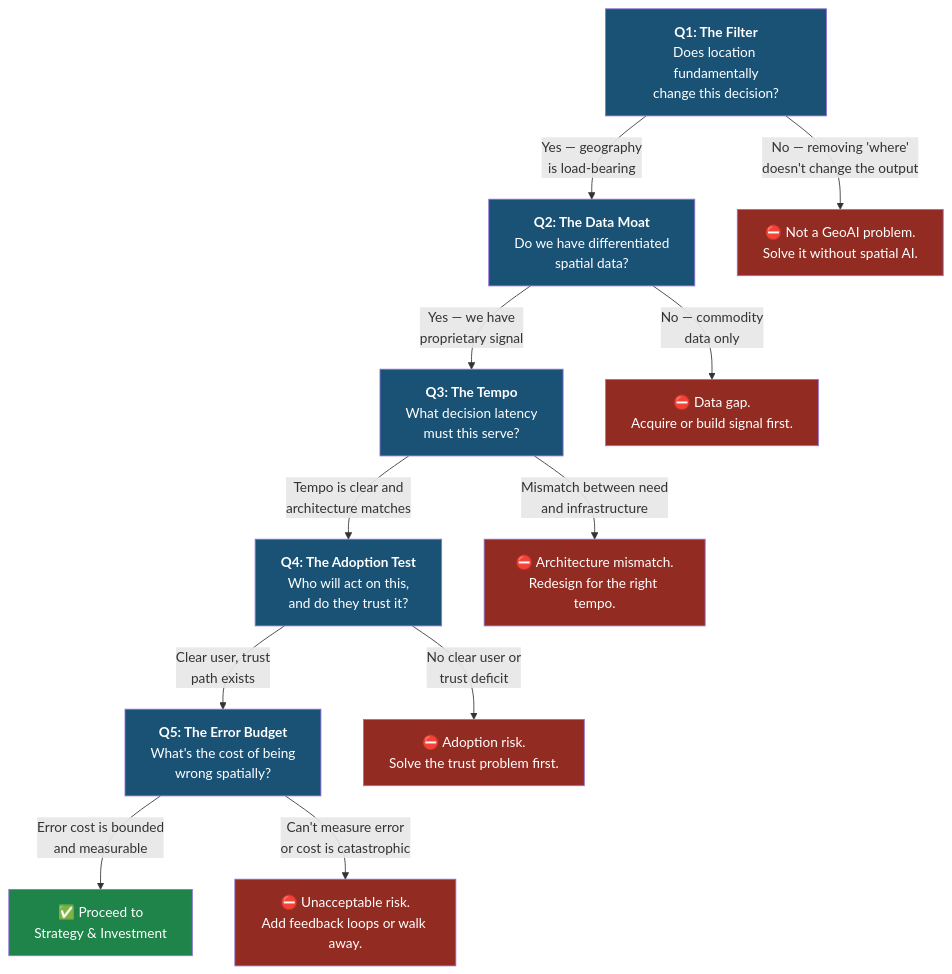
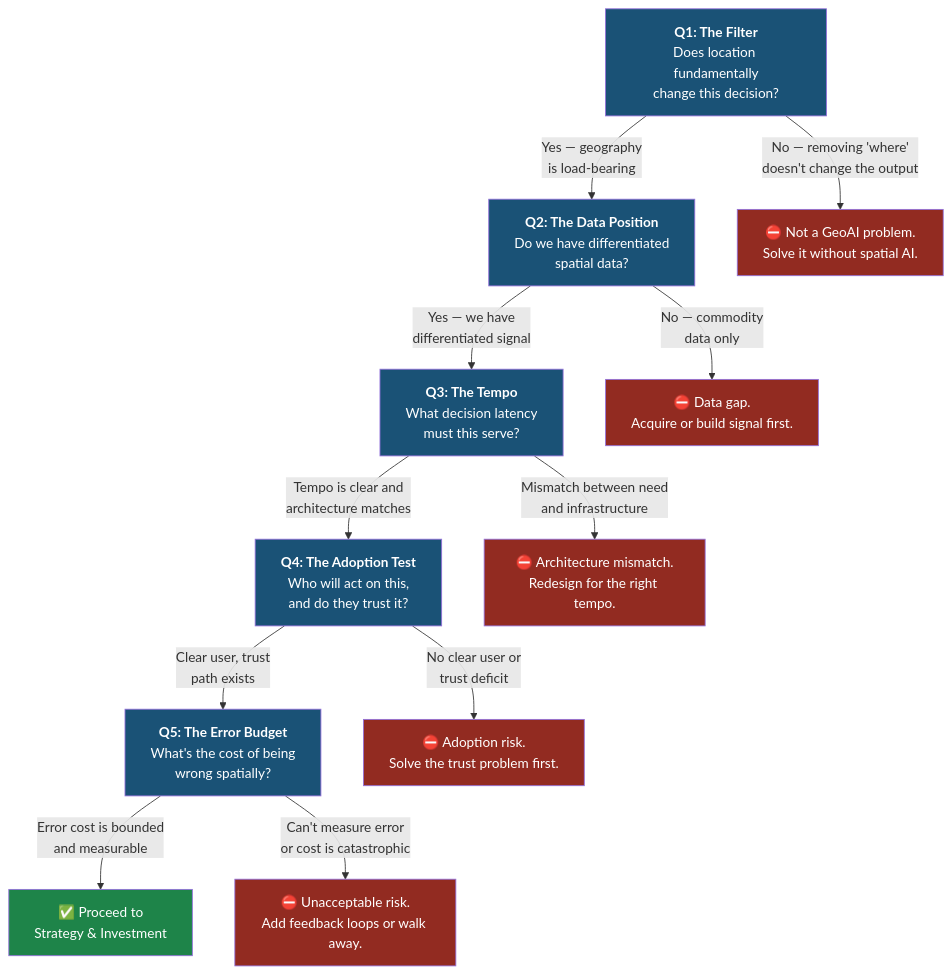
The diagram in books/decision-makers/five-questions.qmd (eshook/geoai-playbooks), drawn with Mermaid before and after one commit. The commit also changed other lines of this file and 6 other files, not shown here.

````diff
--- a/books/decision-makers/five-questions.qmd
+++ b/books/decision-makers/five-questions.qmd
@@ -23,37 +23,37 @@
 ```{mermaid}
 flowchart TD
     Q1["<b>Q1: The Filter</b><br/>Does location fundamentally<br/>change this decision?"]
-    Q2["<b>Q2: The Data Moat</b><br/>Do we have differentiated<br/>spatial data?"]
+    Q2["<b>Q2: The Data Position</b><br/>Do we have differentiated<br/>spatial data?"]
     Q3["<b>Q3: The Tempo</b><br/>What decision latency<br/>must this serve?"]
     Q4["<b>Q4: The Adoption Test</b><br/>Who will act on this,<br/>and do they trust it?"]
     Q5["<b>Q5: The Error Budget</b><br/>What's the cost of being<br/>wrong spatially?"]
     GO["✅ Proceed to<br/>Strategy & Investment"]
     STOP1["⛔ Not a GeoAI problem.<br/>Solve it without spatial AI."]
     STOP2["⛔ Data gap.<br/>Acquire or build signal first."]
     STOP3["⛔ Architecture mismatch.<br/>Redesign for the right tempo."]
     STOP4["⛔ Adoption risk.<br/>Solve the trust problem first."]
     STOP5["⛔ Unacceptable risk.<br/>Add feedback loops or walk away."]
 
     Q1 -->|"Yes — geography<br/>is load-bearing"| Q2
     Q1 -->|"No — removing 'where'<br/>doesn't change the output"| STOP1
-    Q2 -->|"Yes — we have<br/>proprietary signal"| Q3
+    Q2 -->|"Yes — we have<br/>differentiated signal"| Q3
     Q2 -->|"No — commodity<br/>data only"| STOP2
     Q3 -->|"Tempo is clear and<br/>architecture matches"| Q4
     Q3 -->|"Mismatch between need<br/>and infrastructure"| STOP3
     Q4 -->|"Clear user, trust<br/>path exists"| Q5
     Q4 -->|"No clear user or<br/>trust deficit"| STOP4
     Q5 -->|"Error cost is bounded<br/>and measurable"| GO
     Q5 -->|"Can't measure error<br/>or cost is catastrophic"| STOP5
 
     style Q1 fill:#1a5276,color:#fff
     style Q2 fill:#1a5276,color:#fff
     style Q3 fill:#1a5276,color:#fff
     style Q4 fill:#1a5276,color:#fff
     style Q5 fill:#1a5276,color:#fff
     style GO fill:#1e8449,color:#fff
     style STOP1 fill:#922b21,color:#fff
     style STOP2 fill:#922b21,color:#fff
     style STOP3 fill:#922b21,color:#fff
     style STOP4 fill:#922b21,color:#fff
     style STOP5 fill:#922b21,color:#fff
 ```
````
